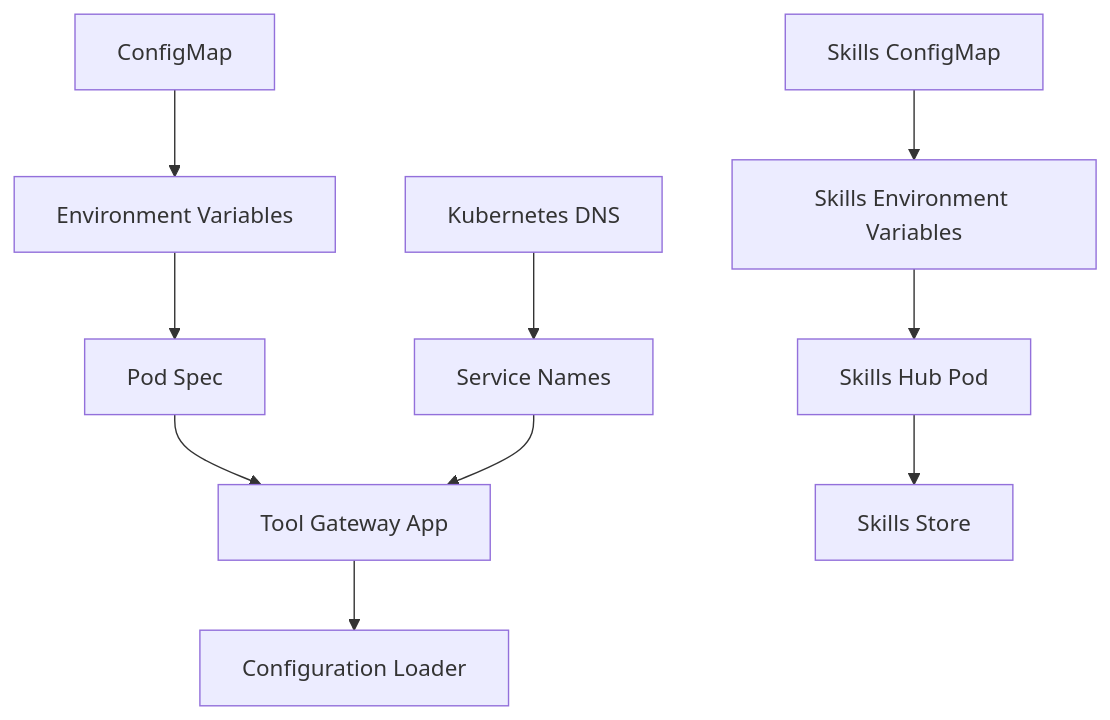
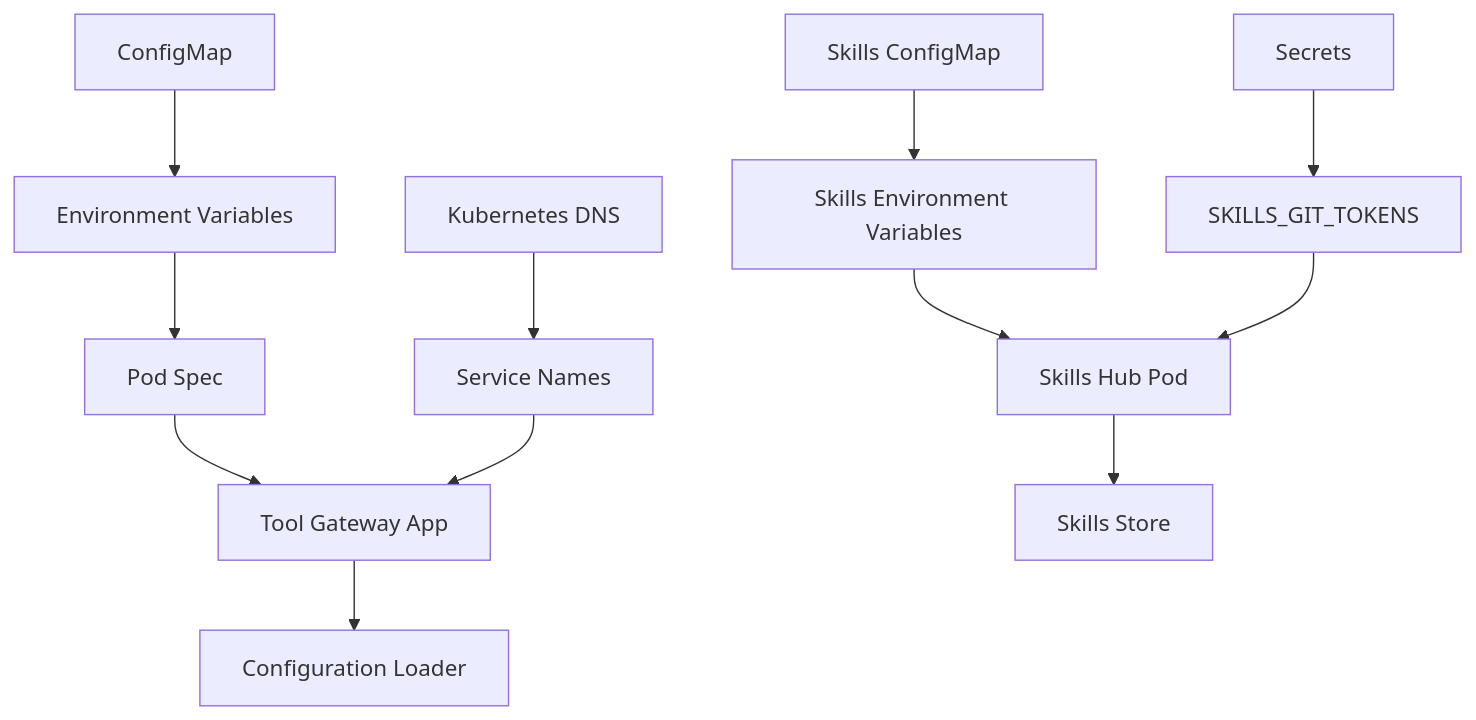
Before and after one commit to metasync/luban-aiops: diagram 12 of 13 in .qoder/repowiki/en/content/Tool Gateway Service/Configuration and Environment Setup.md, drawn with Mermaid. The commit also changed other lines of this file and 4 other files, not shown here.

````diff
--- a/.qoder/repowiki/en/content/Tool Gateway Service/Configuration and Environment Setup.md
+++ b/.qoder/repowiki/en/content/Tool Gateway Service/Configuration and Environment Setup.md
@@ -363,12 +447,14 @@
 ```mermaid
 graph TB
 CM["ConfigMap"] --> ENV["Environment Variables"]
 ENV --> POD["Pod Spec"]
 POD --> APP["Tool Gateway App"]
 APP --> CFG["Configuration Loader"]
 DNS["Kubernetes DNS"] --> SVC["Service Names"]
 SVC --> APP
 SkillsCM["Skills ConfigMap"] --> SkillsENV["Skills Environment Variables"]
 SkillsENV --> SkillsPod["Skills Hub Pod"]
 SkillsPod --> SkillsStore["Skills Store"]
+Secrets["Secrets"] --> GitTokens["SKILLS_GIT_TOKENS"]
+GitTokens --> SkillsPod
 ```
````
